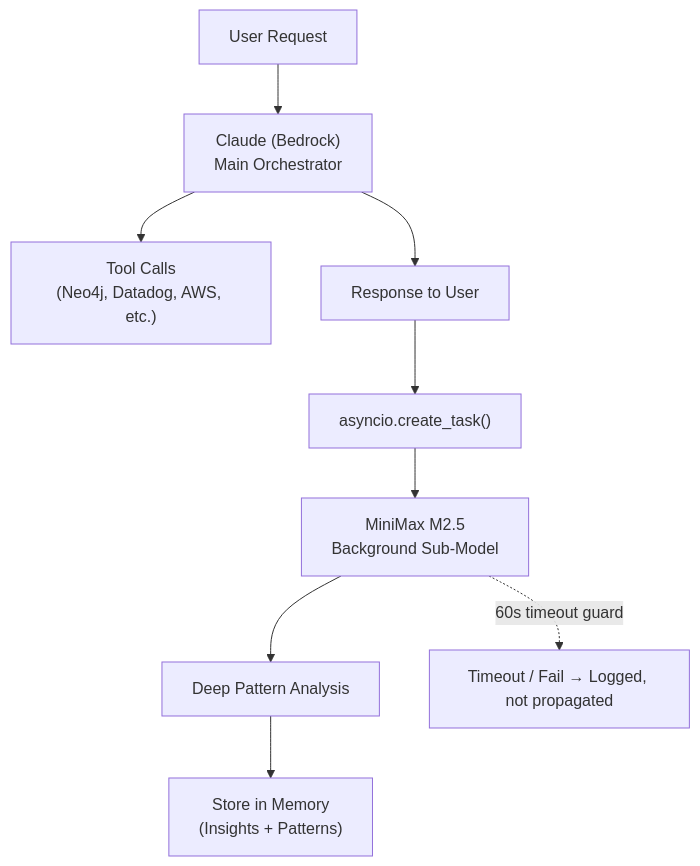
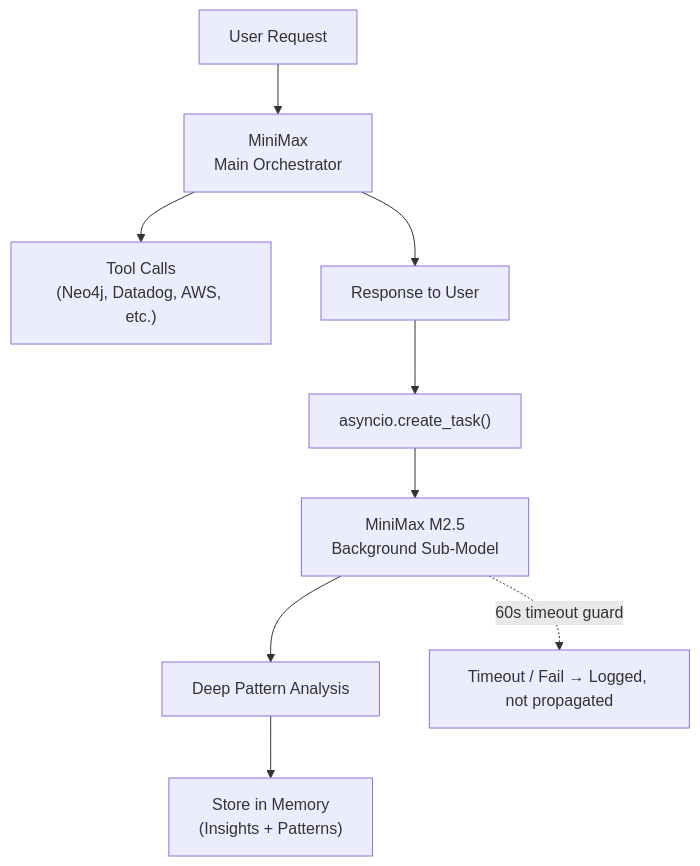
Before and after one commit to Pranav301102/NetForge: the diagram in walkthrough.md, drawn with Mermaid. The commit also changed other lines of this file and 13 other files, not shown here.

Commit message:
feat: Migrate the main orchestrator LLM from Bedrock Claude to MiniMax and add new demo and CopilotKit test files.

````diff
--- a/walkthrough.md
+++ b/walkthrough.md
@@ -20,11 +20,11 @@
 ```mermaid
 graph TD
-    A["User Request"] --> B["Claude (Bedrock)<br/>Main Orchestrator"]
+    A["User Request"] --> B["MiniMax<br/>Main Orchestrator"]
     B --> C["Tool Calls<br/>(Neo4j, Datadog, AWS, etc.)"]
     B --> D["Response to User"]
     D --> E["asyncio.create_task()"]
     E --> F["MiniMax M2.5<br/>Background Sub-Model"]
     F --> G["Deep Pattern Analysis"]
     G --> H["Store in Memory<br/>(Insights + Patterns)"]
     F -. "60s timeout guard" .-> I["Timeout / Fail → Logged, not propagated"]
 ```
````
